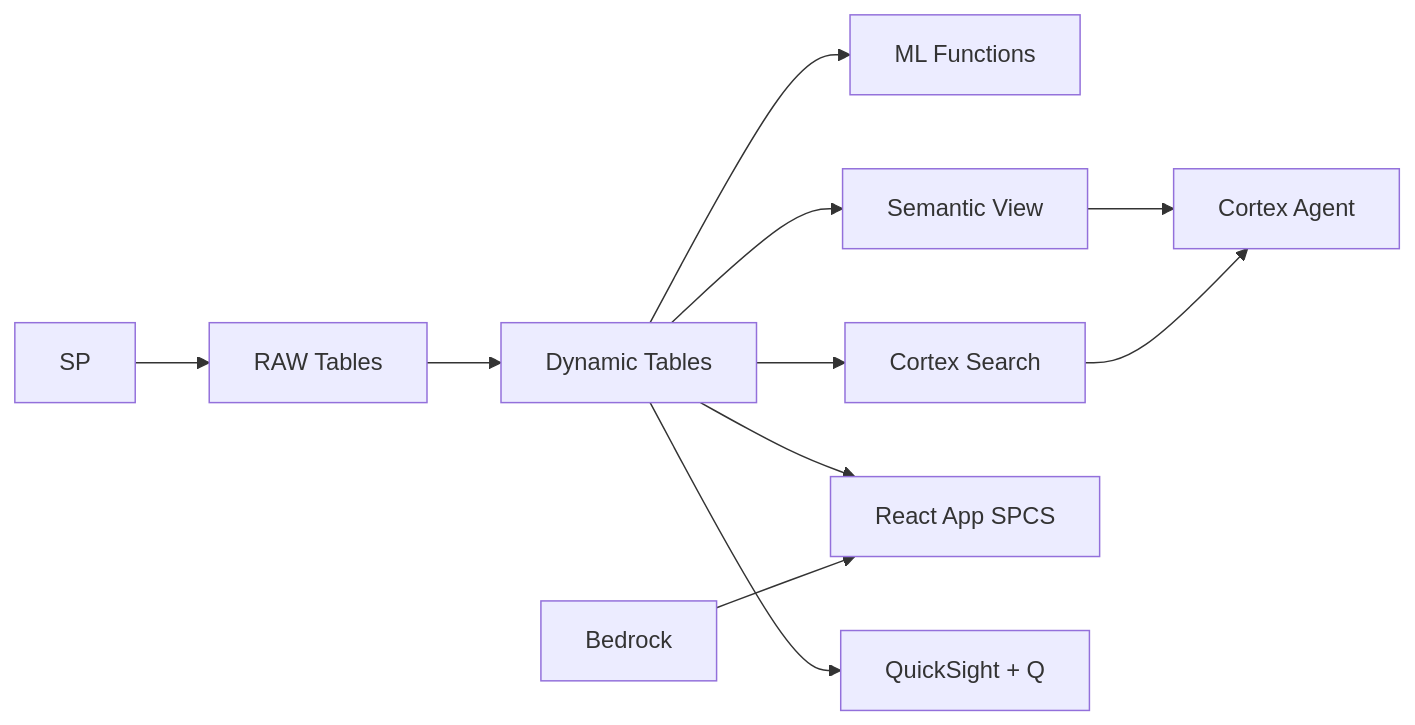
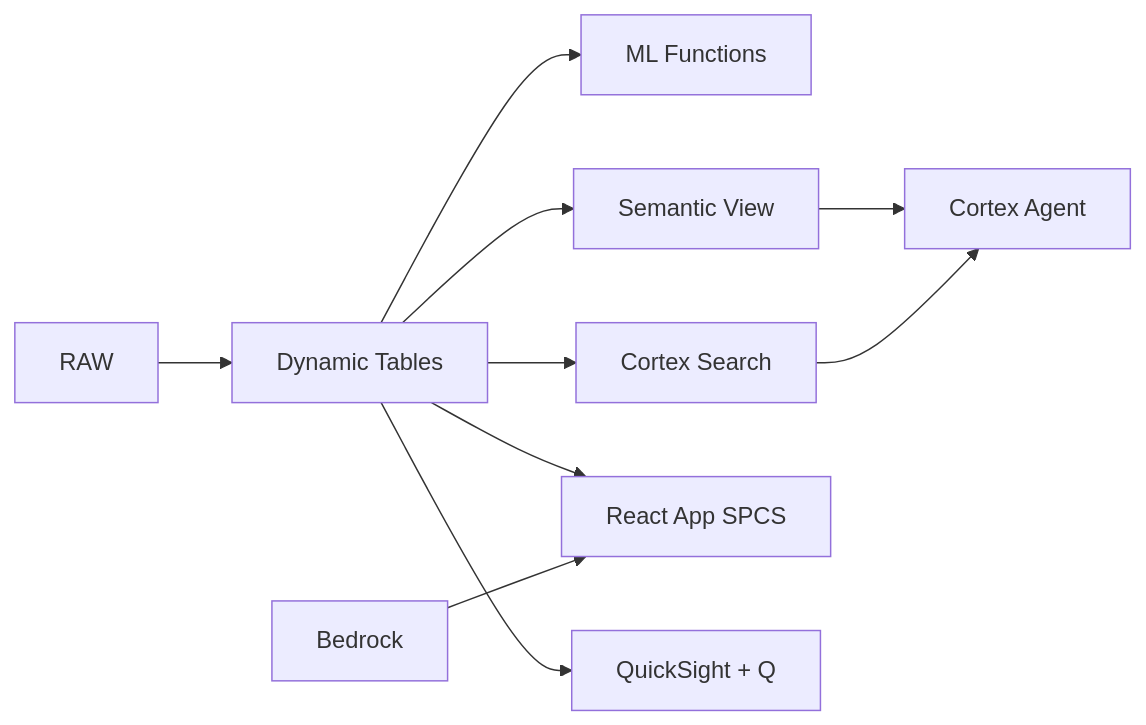
One commit to sfc-gh-jasvestis/aws-philippines-bpo-contact-center changed the diagram in README.md. Above: the diagram before and after it, drawn with Mermaid. The commit also changed 7 other files, not shown here.

Commit message:
Fix: add all source files, .gitignore, fix Mermaid diagram

````diff
--- a/README.md
+++ b/README.md
@@ -9,13 +9,12 @@
 ```mermaid
 flowchart LR
-    SP --> RAW[RAW Tables]
     RAW --> DT[Dynamic Tables]
     DT --> ML[ML Functions]
     DT --> SEARCH[Cortex Search]
     DT --> SV[Semantic View]
     SV --> AGENT[Cortex Agent]
     SEARCH --> AGENT
     DT --> APP[React App SPCS]
     BR[Bedrock] --> APP
     DT --> QS[QuickSight + Q]
 ```
````
